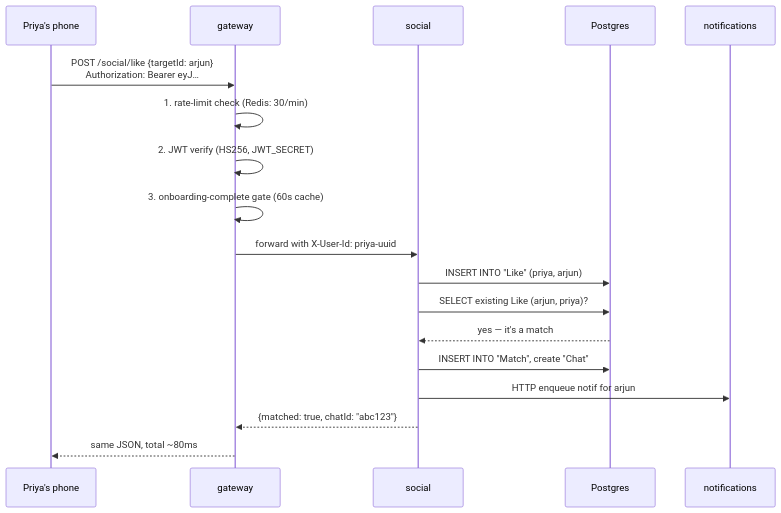
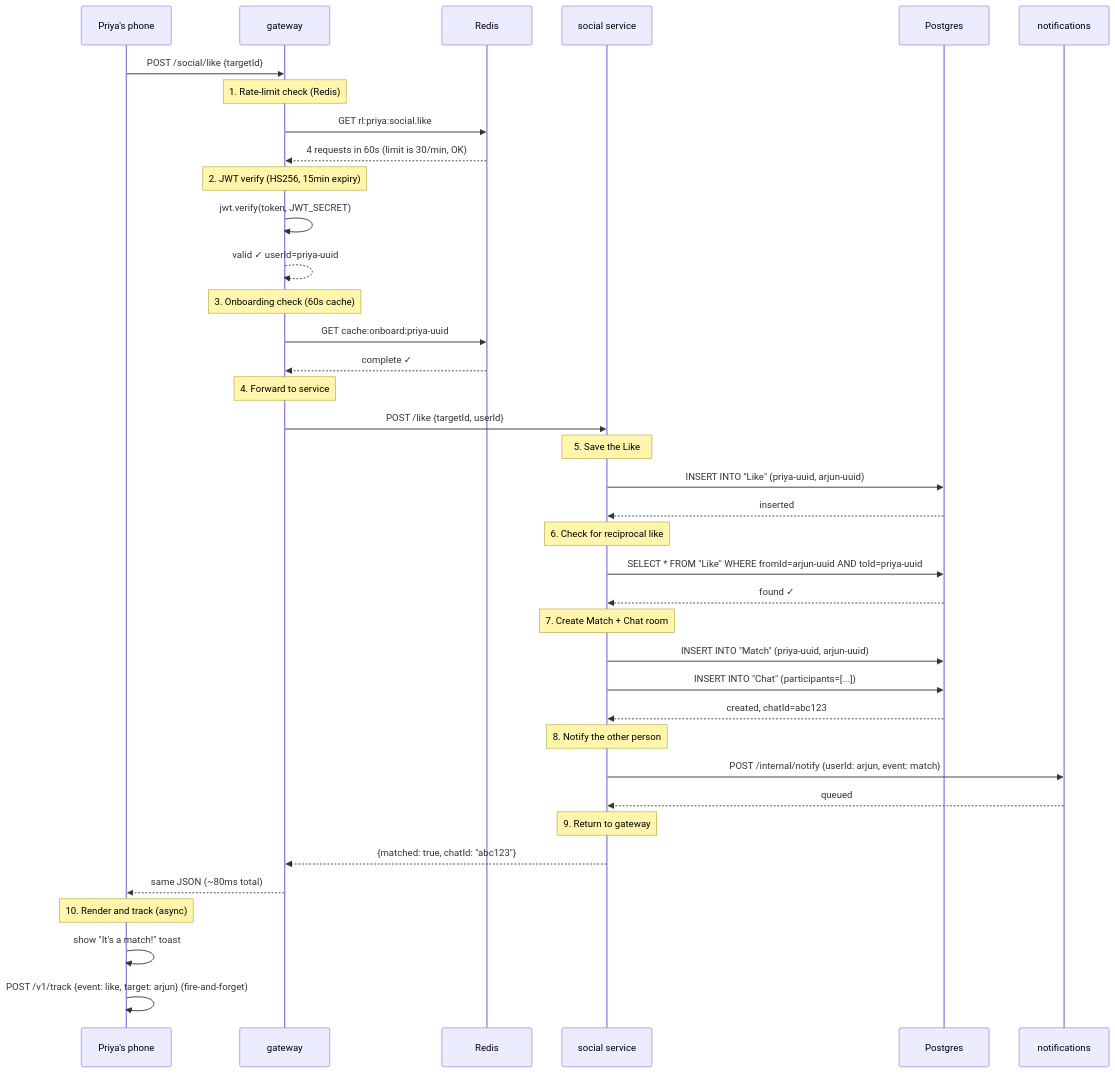
The second of 4 diagrams in docs/ARCHITECTURE.md (shashisingh007/Miamo), drawn with Mermaid before and after one commit. The commit also changed other lines of this file and 20 other files, not shown here.

````diff
--- a/docs/ARCHITECTURE.md
+++ b/docs/ARCHITECTURE.md
@@ -97,20 +108,51 @@
 ```mermaid
 sequenceDiagram
     participant P as Priya's phone
     participant G as gateway
-    participant S as social
+    participant R as Redis
+    participant S as social service
     participant DB as Postgres
     participant N as notifications
-    P->>G: POST /social/like {targetId: arjun}<br/>Authorization: Bearer eyJ…
-    G->>G: 1. rate-limit check (Redis: 30/min)
-    G->>G: 2. JWT verify (HS256, JWT_SECRET)
-    G->>G: 3. onboarding-complete gate (60s cache)
-    G->>S: forward with X-User-Id: priya-uuid
-    S->>DB: INSERT INTO "Like" (priya, arjun)
-    S->>DB: SELECT existing Like (arjun, priya)?
-    DB-->>S: yes — it's a match
-    S->>DB: INSERT INTO "Match", create "Chat"
-    S->>N: HTTP enqueue notif for arjun
+    
+    P->>G: POST /social/like {targetId}
+    
+    Note over G: 1. Rate-limit check (Redis)
+    G->>R: GET rl:priya:social.like
+    R-->>G: 4 requests in 60s (limit is 30/min, OK)
+    
+    Note over G: 2. JWT verify (HS256, 15min expiry)
+    G->>G: jwt.verify(token, JWT_SECRET)
+    G-->>G: valid ✓ userId=priya-uuid
+    
+    Note over G: 3. Onboarding check (60s cache)
+    G->>R: GET cache:onboard:priya-uuid
+    R-->>G: complete ✓
+    
+    Note over G: 4. Forward to service
+    G->>S: POST /like {targetId, userId}
+    
+    Note over S: 5. Save the Like
+    S->>DB: INSERT INTO "Like" (priya-uuid, arjun-uuid)
+    DB-->>S: inserted
+    
+    Note over S: 6. Check for reciprocal like
+    S->>DB: SELECT * FROM "Like" WHERE fromId=arjun-uuid AND toId=priya-uuid
+    DB-->>S: found ✓
+    
+    Note over S: 7. Create Match + Chat room
+    S->>DB: INSERT INTO "Match" (priya-uuid, arjun-uuid)
+    S->>DB: INSERT INTO "Chat" (participants=[...])
+    DB-->>S: created, chatId=abc123
+    
+    Note over S: 8. Notify the other person
+    S->>N: POST /internal/notify {userId: arjun, event: match}
+    N-->>S: queued
+    
+    Note over S: 9. Return to gateway
     S-->>G: {matched: true, chatId: "abc123"}
-    G-->>P: same JSON, total ~80ms
+    G-->>P: same JSON (~80ms total)
+    
+    Note over P: 10. Render and track (async)
+    P->>P: show "It's a match!" toast
+    P->>P: POST /v1/track {event: like, target: arjun} (fire-and-forget)
 ```
````
